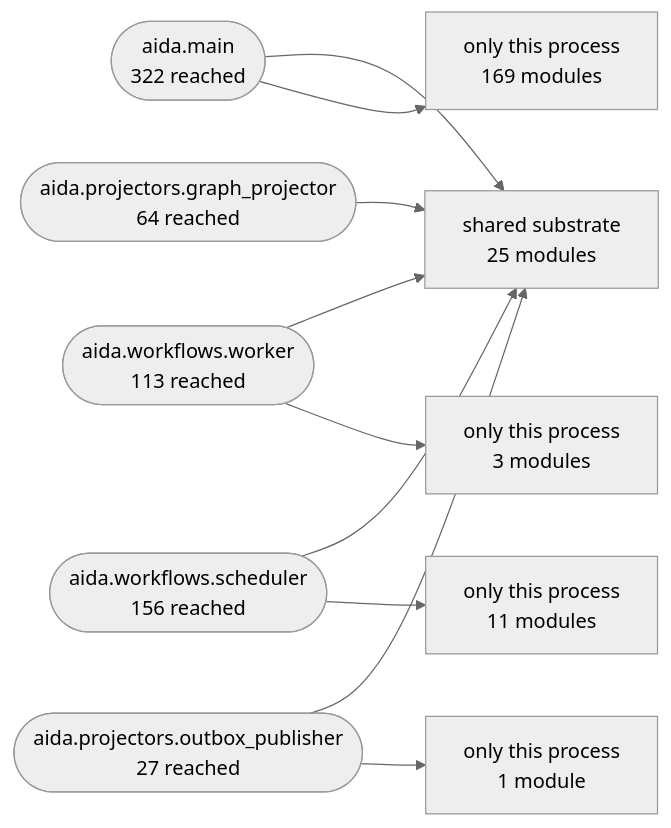
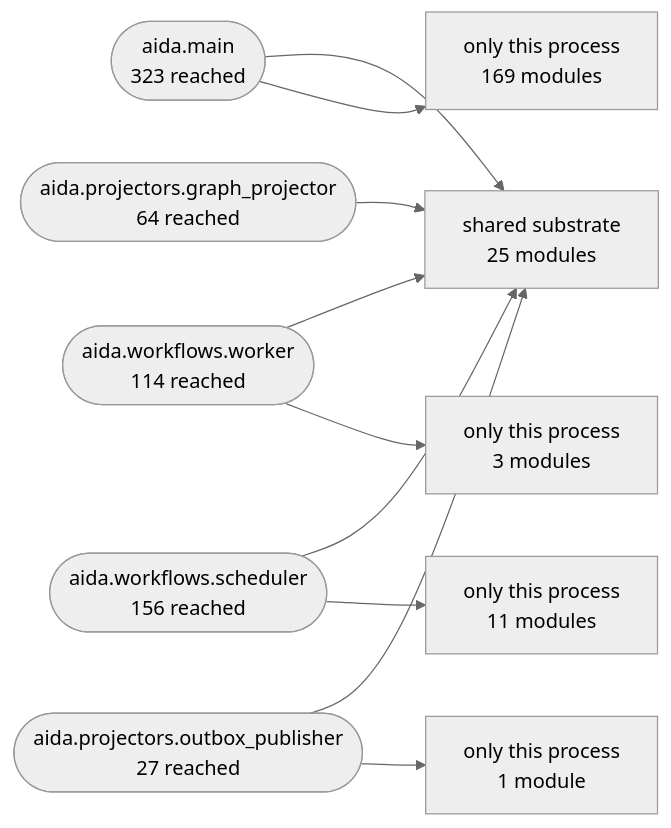
One commit to karuppusamym/AIDataAnalyst changed the second of 3 diagrams in Docs/10-architecture/14-generated-architecture-map.md. Above: the diagram before and after it, drawn with Mermaid (neutral theme). The commit also changed other lines of this file and 17 other files, not shown here.

````diff
--- a/Docs/10-architecture/14-generated-architecture-map.md
+++ b/Docs/10-architecture/14-generated-architecture-map.md
@@ -172,22 +172,22 @@
 ```mermaid
 graph LR
   shared["shared substrate<br/>25 modules"]
-  aida_main(["aida.main<br/>322 reached"])
-  aida_workflows_worker(["aida.workflows.worker<br/>113 reached"])
+  aida_main(["aida.main<br/>323 reached"])
+  aida_workflows_worker(["aida.workflows.worker<br/>114 reached"])
   aida_workflows_scheduler(["aida.workflows.scheduler<br/>156 reached"])
   aida_projectors_graph_projector(["aida.projectors.graph_projector<br/>64 reached"])
   aida_projectors_outbox_publisher(["aida.projectors.outbox_publisher<br/>27 reached"])
   aida_main --> shared
   only_aida_main["only this process<br/>169 modules"]
   aida_main --> only_aida_main
   aida_workflows_worker --> shared
   only_aida_workflows_worker["only this process<br/>3 modules"]
   aida_workflows_worker --> only_aida_workflows_worker
   aida_workflows_scheduler --> shared
   only_aida_workflows_scheduler["only this process<br/>11 modules"]
   aida_workflows_scheduler --> only_aida_workflows_scheduler
   aida_projectors_graph_projector --> shared
   aida_projectors_outbox_publisher --> shared
   only_aida_projectors_outbox_publisher["only this process<br/>1 module"]
   aida_projectors_outbox_publisher --> only_aida_projectors_outbox_publisher
 ```
````
